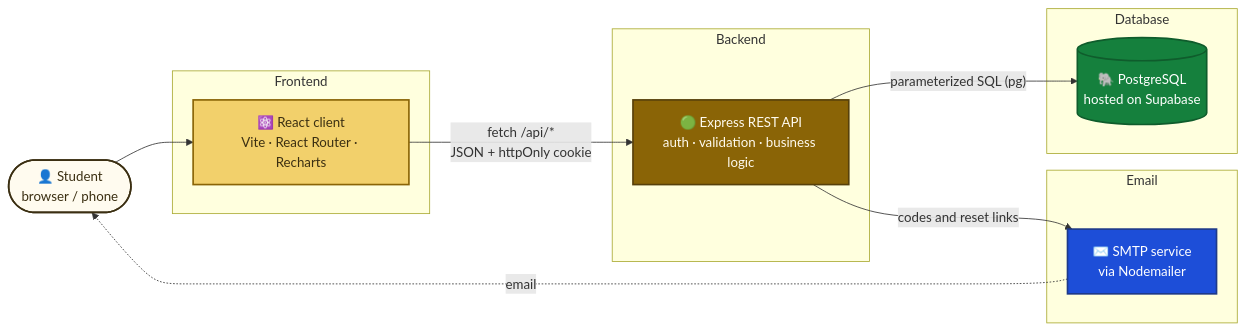
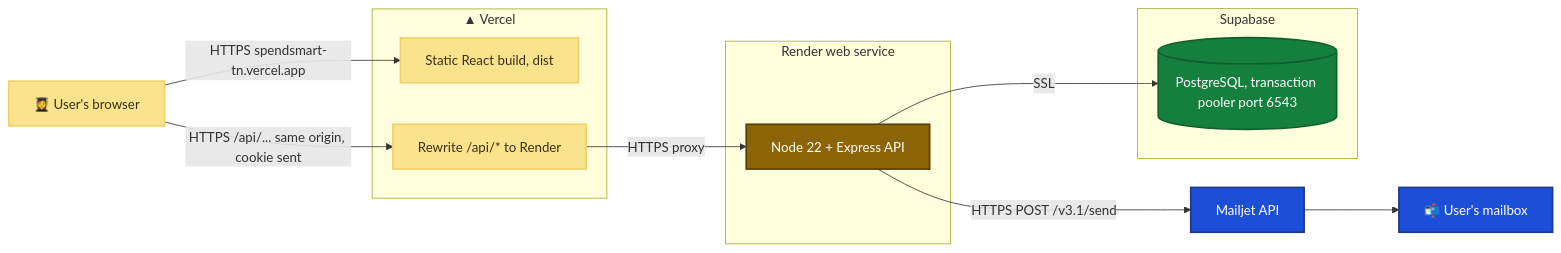
Before and after one commit to maram-kouki03/spendsmart: the third of 7 diagrams in README.md, drawn with Mermaid. The commit also changed other lines of this file, not shown here.

Commit message:
New README: live site, UML diagrams, sitemap, deployment

````diff
--- a/README.md
+++ b/README.md
@@ -85,38 +262,36 @@
 ```mermaid
 flowchart LR
-    U(["👤 Student<br/>browser / phone"])
+    U["👩‍🎓 User's browser"]
 
-    subgraph FE ["Frontend"]
-        C["⚛️ React client<br/>Vite · React Router · Recharts"]
+    subgraph VERCEL["▲ Vercel"]
+        VS["Static React build, dist"]
+        VR["Rewrite /api/* to Render"]
     end
 
-    subgraph BE ["Backend"]
-        A["🟢 Express REST API<br/>auth · validation · business logic"]
+    subgraph RENDER["Render web service"]
+        EX["Node 22 + Express API"]
     end
 
-    subgraph DB ["Database"]
-        P[("🐘 PostgreSQL<br/>hosted on Supabase")]
+    subgraph SUPA["Supabase"]
+        PGB[("PostgreSQL, transaction pooler port 6543")]
     end
 
-    subgraph EM ["Email"]
-        S["✉️ SMTP service<br/>via Nodemailer"]
-    end
+    MJ["Mailjet API"]
+    MB["📬 User's mailbox"]
 
-    U --> C
-    C -- "fetch /api/*<br/>JSON + httpOnly cookie" --> A
-    A -- "parameterized SQL (pg)" --> P
-    A -- "codes and reset links" --> S
-    S -.->|email| U
+    U -- "HTTPS spendsmart-tn.vercel.app" --> VS
+    U -- "HTTPS /api/... same origin, cookie sent" --> VR
+    VR -- "HTTPS proxy" --> EX
+    EX -- "SSL" --> PGB
+    EX -- "HTTPS POST /v3.1/send" --> MJ
+    MJ --> MB
 
-    classDef frontend fill:#F2D06B,stroke:#8A6406,stroke-width:2px,color:#3B2F12
-    classDef backend fill:#8A6406,stroke:#57400A,stroke-width:2px,color:#FFFBEF
-    classDef database fill:#15803D,stroke:#0F5C2C,stroke-width:2px,color:#FFFFFF
-    classDef email fill:#1D4ED8,stroke:#1E3A8A,stroke-width:2px,color:#FFFFFF
-    classDef user fill:#FFFBEF,stroke:#3B2F12,stroke-width:2px,color:#3B2F12
-
-    class C frontend
-    class A backend
-    class P database
-    class S email
-    class U user
+    classDef fe fill:#FBE38E,stroke:#F2D06B,color:#3B2F12,stroke-width:2px
+    classDef be fill:#8A6406,stroke:#57400A,color:#FFFFFF,stroke-width:2px
+    classDef db fill:#15803D,stroke:#0F5F2D,color:#FFFFFF,stroke-width:2px
+    classDef ext fill:#1D4ED8,stroke:#1E3A8A,color:#FFFFFF,stroke-width:2px
+    class U,VS,VR fe
+    class EX be
+    class PGB db
+    class MJ,MB ext
 ```
````
